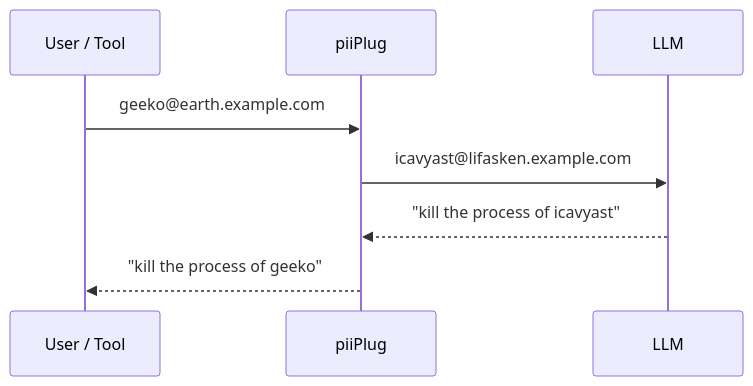
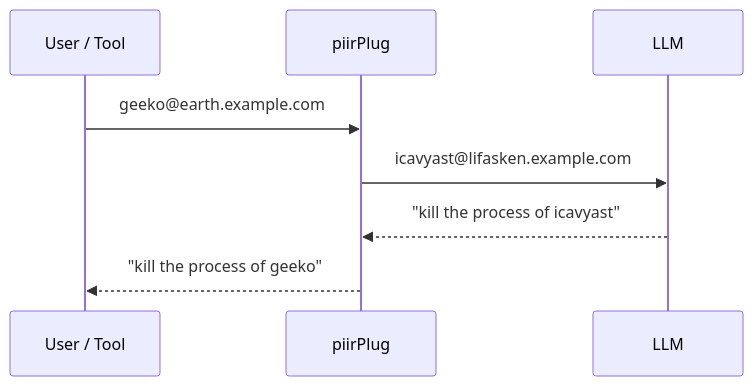
One commit to openSUSE/piiplugin changed the diagram in README.md. Above: the diagram before and after it, drawn with Mermaid. The commit also changed other lines of this file and 17 other files, not shown here.

````diff
--- a/README.md
+++ b/README.md
@@ -76,10 +76,10 @@
 ```mermaid
 sequenceDiagram
     participant U as User / Tool
-    participant P as piiPlug
+    participant P as piirPlug
     participant M as LLM
     U->>P: geeko@earth.example.com
     P->>M: icavyast@lifasken.example.com
     M-->>P: "kill the process of icavyast"
     P-->>U: "kill the process of geeko"
 ```
````
